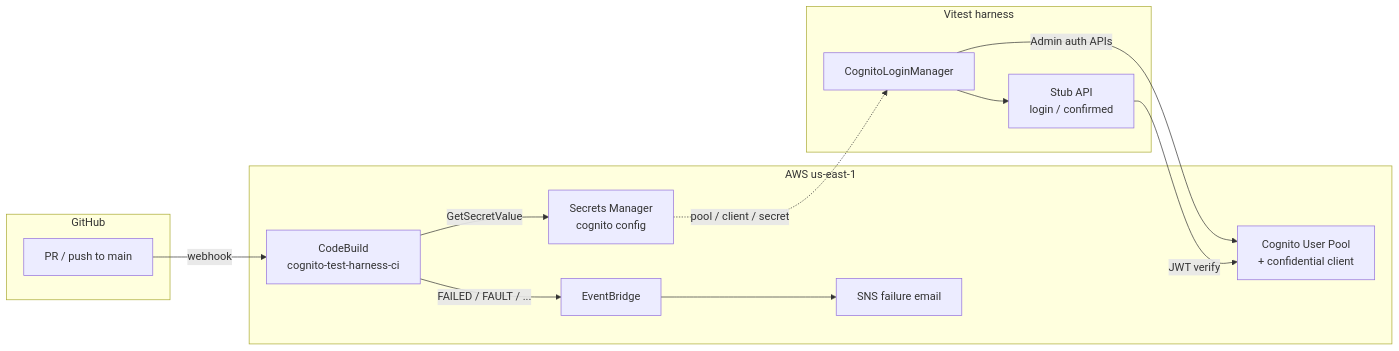
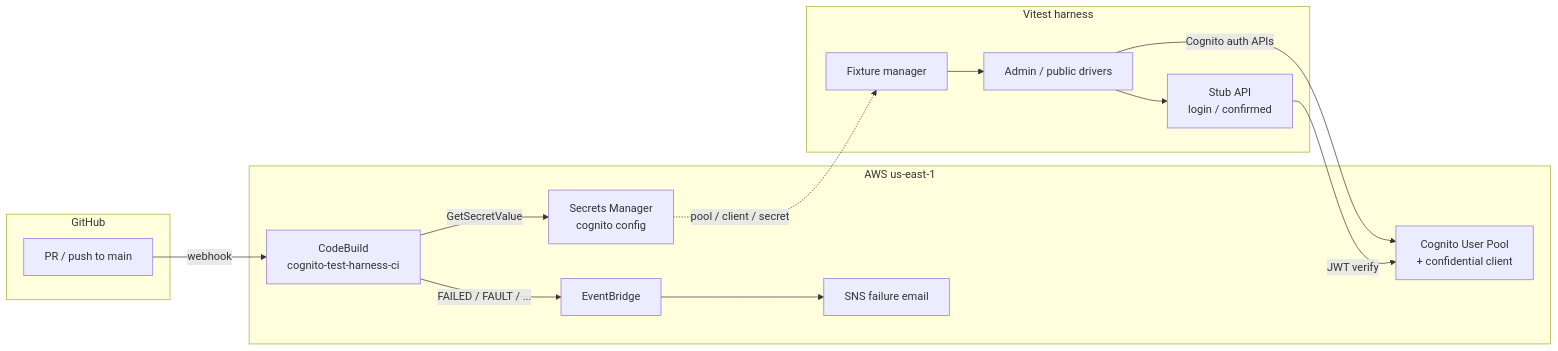
One commit to DShresthany/cognito-test-harness changed the diagram in README.md. Above: the diagram before and after it, drawn with Mermaid. The commit also changed other lines of this file and 9 other files, not shown here.

First line of the commit message:
feat: delete CognitoLoginManager behind composition root

````diff
--- a/README.md
+++ b/README.md
@@ -55,27 +55,29 @@
 ```mermaid
 flowchart LR
   subgraph GitHub
     PR[PR / push to main]
   end
 
   subgraph AWS["AWS us-east-1"]
     CB[CodeBuild<br/>cognito-test-harness-ci]
     SM[Secrets Manager<br/>cognito config]
     UP[Cognito User Pool<br/>+ confidential client]
     EB[EventBridge]
     SNS[SNS failure email]
   end
 
   subgraph Tests["Vitest harness"]
-    LM[CognitoLoginManager]
+    FX[Fixture manager]
+    DR[Admin / public drivers]
     API[Stub API<br/>login / confirmed]
   end
 
   PR -->|webhook| CB
   CB -->|GetSecretValue| SM
-  SM -.->|pool / client / secret| LM
-  LM -->|Admin auth APIs| UP
-  LM --> API
+  SM -.->|pool / client / secret| FX
+  DR -->|Cognito auth APIs| UP
+  FX --> DR
+  DR --> API
   API -->|JWT verify| UP
   CB -->|FAILED / FAULT / ...| EB --> SNS
 ```
````
